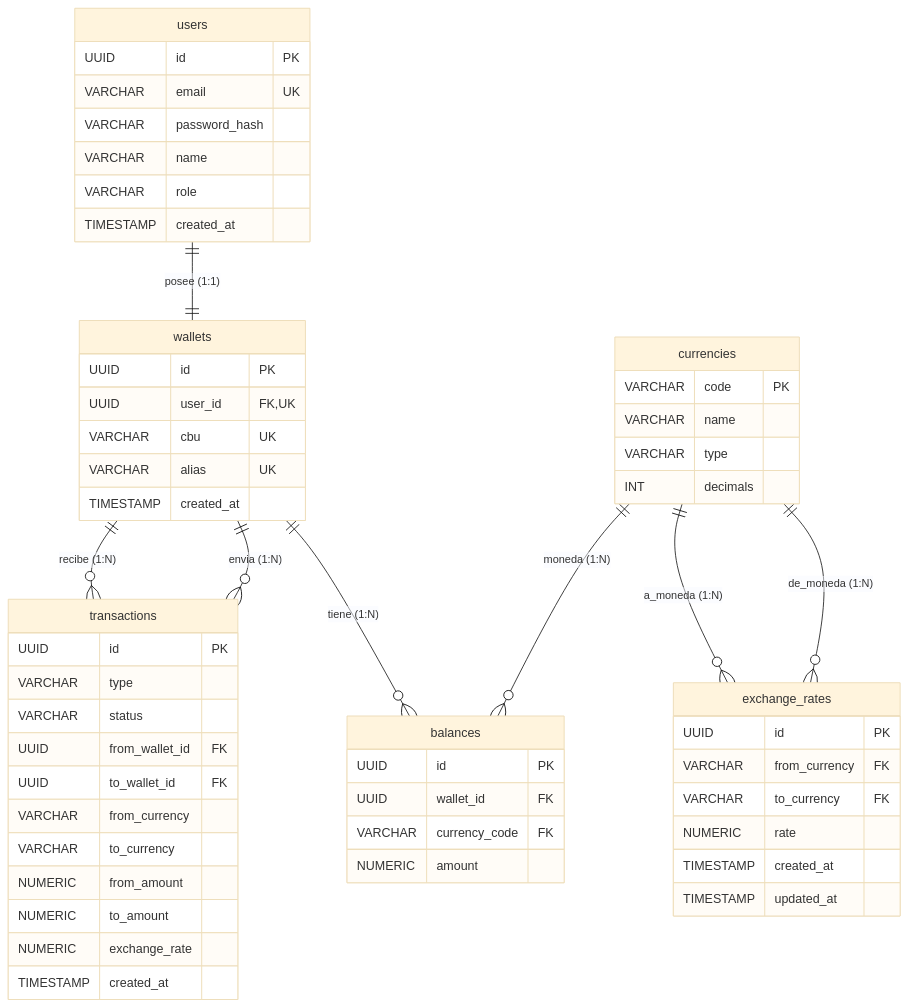
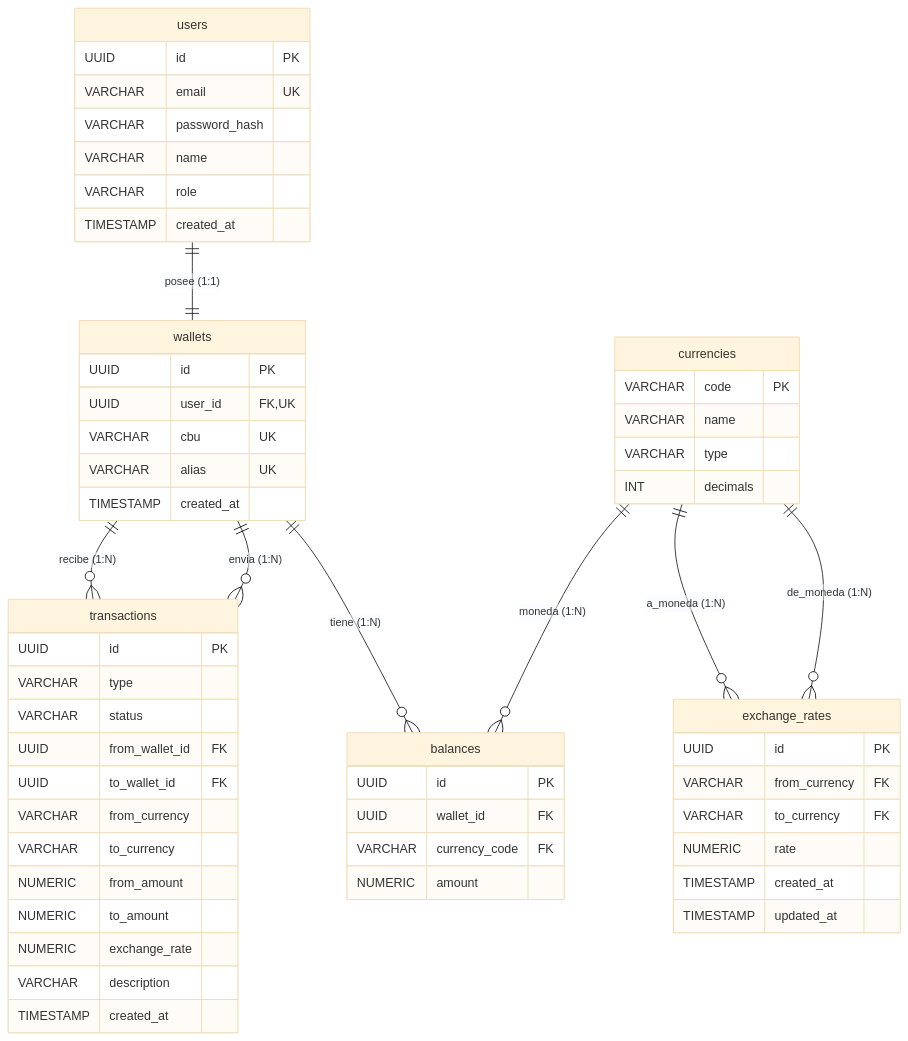
One commit to latampaypf-cell/LatamPay-Backend changed the diagram in README.md. Above: the diagram before and after it, drawn with Mermaid (base theme). The commit also changed other lines of this file and 27 other files, not shown here.

````diff
--- a/README.md
+++ b/README.md
@@ -57,64 +59,65 @@
 ```mermaid
 erDiagram
     %% --- FLUJO PRINCIPAL: USUARIO A BILLETERA ---
     users ||--|| wallets : "posee (1:1)"
 
     %% --- FLUJO DE FONDOS Y MOVIMENTOS ---
     wallets ||--o{ balances : "tiene (1:N)"
     wallets ||--o{ transactions : "envia (1:N)"
     wallets ||--o{ transactions : "recibe (1:N)"
 
     %% --- CONFIGURACIÓN DE MONEDAS (Separadas abajo) ---
     currencies ||--o{ exchange_rates : "de_moneda (1:N)"
     currencies ||--o{ exchange_rates : "a_moneda (1:N)"
     currencies ||--o{ balances : "moneda (1:N)"
 
     users {
         UUID id PK
         VARCHAR email UK
         VARCHAR password_hash
         VARCHAR name
         VARCHAR role
         TIMESTAMP created_at
     }
     wallets {
         UUID id PK
         UUID user_id FK, UK
         VARCHAR cbu UK
         VARCHAR alias UK
         TIMESTAMP created_at
     }
     balances {
         UUID id PK
         UUID wallet_id FK
         VARCHAR currency_code FK
         NUMERIC amount
     }
     currencies {
         VARCHAR code PK
         VARCHAR name
         VARCHAR type
         INT decimals
     }
     exchange_rates {
         UUID id PK
         VARCHAR from_currency FK
         VARCHAR to_currency FK
         NUMERIC rate
         TIMESTAMP created_at
         TIMESTAMP updated_at
     }
     transactions {
         UUID id PK
         VARCHAR type
         VARCHAR status
         UUID from_wallet_id FK
         UUID to_wallet_id FK
         VARCHAR from_currency
         VARCHAR to_currency
         NUMERIC from_amount
         NUMERIC to_amount
         NUMERIC exchange_rate
+        VARCHAR description
         TIMESTAMP created_at
     }
 ```
````
